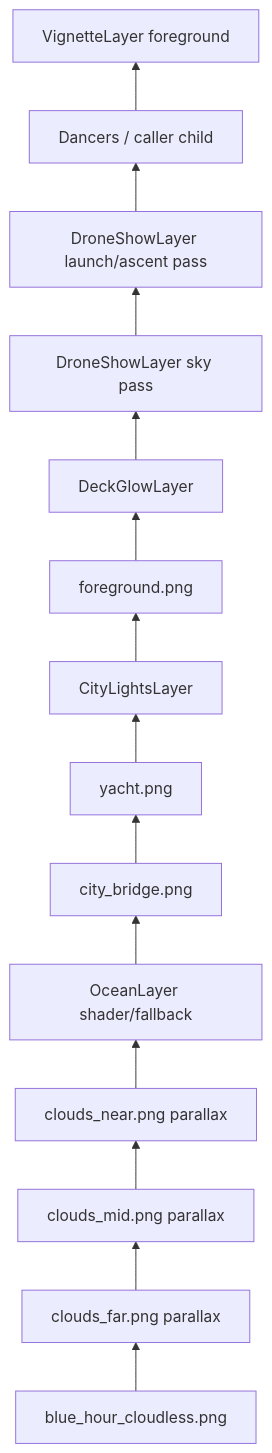
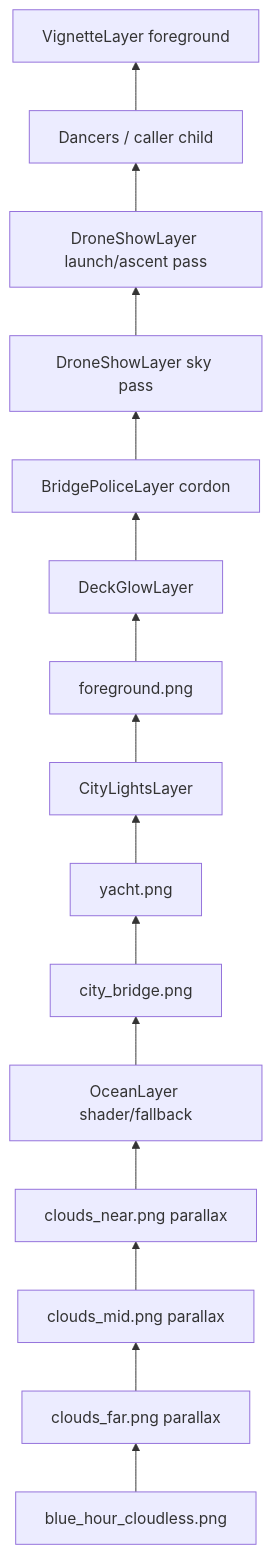
Before and after one commit to matthiasn/lotti: the second of 4 diagrams in lib/features/scenery/README.md, drawn with Mermaid. The commit also changed other lines of this file and 4 other files, not shown here.

First line of the commit message:
feat(scenery): police cordon stops bridge traffic before the drones launch

````diff
--- a/lib/features/scenery/README.md
+++ b/lib/features/scenery/README.md
@@ -48,19 +48,20 @@
 ```mermaid
 flowchart BT
   child[Dancers / caller child]
   vignette[VignetteLayer foreground]
   glow[DeckGlowLayer]
   fg[foreground.png]
   lights[CityLightsLayer]
+  police[BridgePoliceLayer cordon]
   launchDrones[DroneShowLayer launch/ascent pass]
   skyDrones[DroneShowLayer sky pass]
   yacht[yacht.png]
   city[city_bridge.png]
   ocean[OceanLayer shader/fallback]
   near[clouds_near.png parallax]
   mid[clouds_mid.png parallax]
   far[clouds_far.png parallax]
   base[blue_hour_cloudless.png]
 
-  base --> far --> mid --> near --> ocean --> city --> yacht --> lights --> fg --> glow --> skyDrones --> launchDrones --> child --> vignette
+  base --> far --> mid --> near --> ocean --> city --> yacht --> lights --> fg --> glow --> police --> skyDrones --> launchDrones --> child --> vignette
 ```
````
